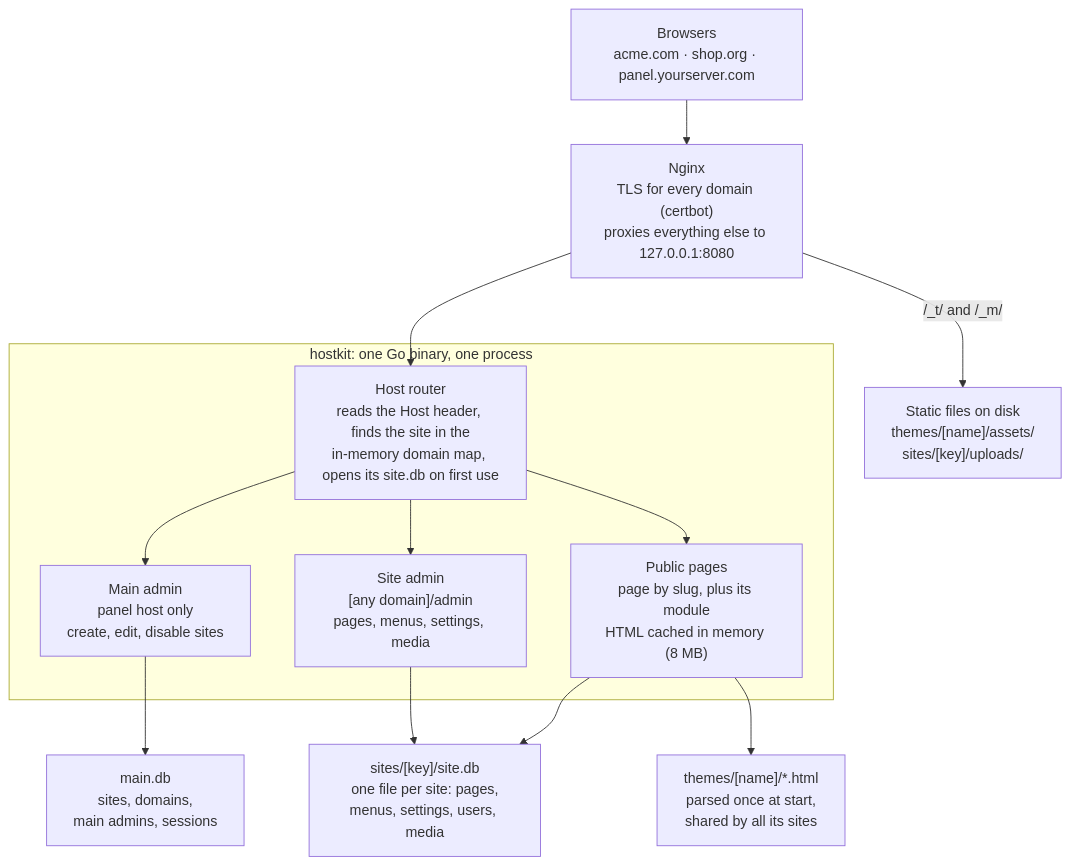
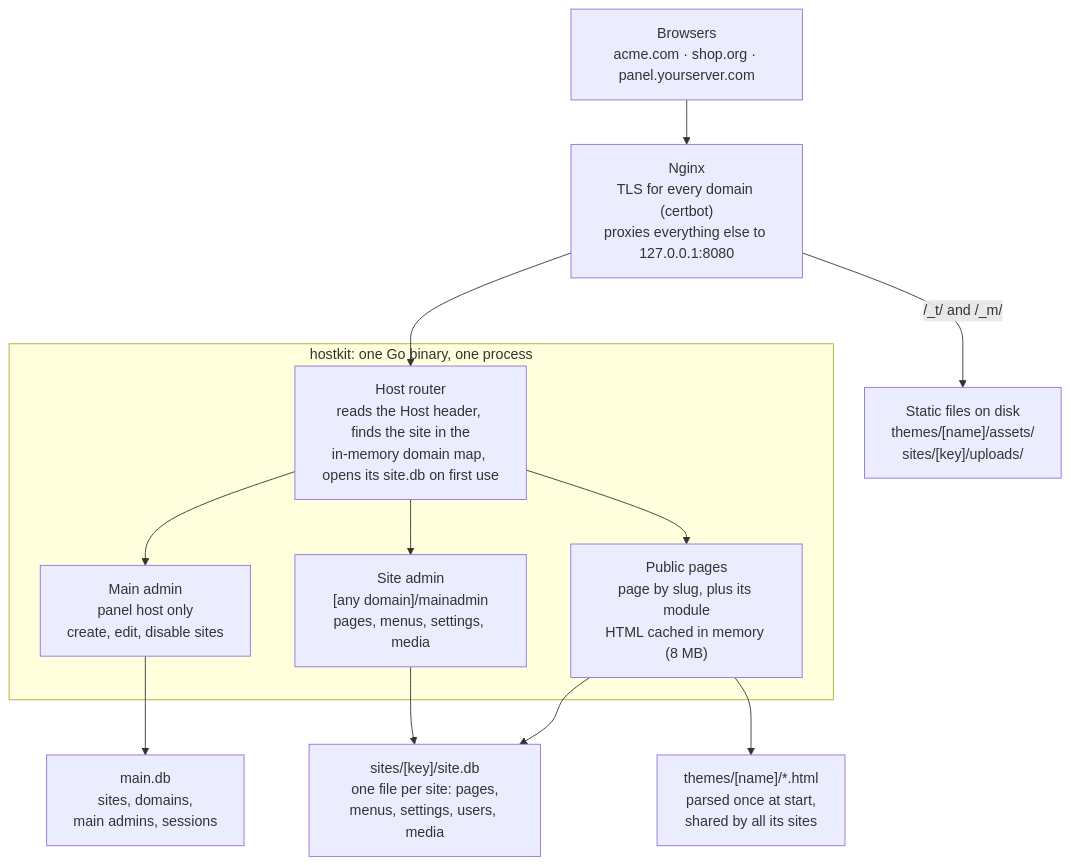
One commit to fatehiman/peppa-multi-tenant-cms changed the diagram in project-description.md. Above: the diagram before and after it, drawn with Mermaid. The commit also changed other lines of this file and 28 other files, not shown here.

````diff
--- a/project-description.md
+++ b/project-description.md
@@ -34,19 +34,19 @@
 ```mermaid
 flowchart TD
     B["Browsers<br/>acme.com · shop.org · panel.yourserver.com"] --> N["Nginx<br/>TLS for every domain (certbot)<br/>proxies everything else to 127.0.0.1:8080"]
     N -- "/_t/ and /_m/" --> S["Static files on disk<br/>themes/[name]/assets/<br/>sites/[key]/uploads/"]
     subgraph H["hostkit: one Go binary, one process"]
         R["Host router<br/>reads the Host header, finds the site in the<br/>in-memory domain map, opens its site.db on first use"]
         MA["Main admin<br/>panel host only<br/>create, edit, disable sites"]
-        SA["Site admin<br/>[any domain]/admin<br/>pages, menus, settings, media"]
+        SA["Site admin<br/>[any domain]/mainadmin<br/>pages, menus, settings, media"]
         P["Public pages<br/>page by slug, plus its module<br/>HTML cached in memory (8 MB)"]
         R --> MA
         R --> SA
         R --> P
     end
     N --> R
     MA --> MDB["main.db<br/>sites, domains,<br/>main admins, sessions"]
     SA --> SDB["sites/[key]/site.db<br/>one file per site: pages,<br/>menus, settings, users, media"]
     P --> SDB
     P --> T["themes/[name]/*.html<br/>parsed once at start,<br/>shared by all its sites"]
 ```
````
